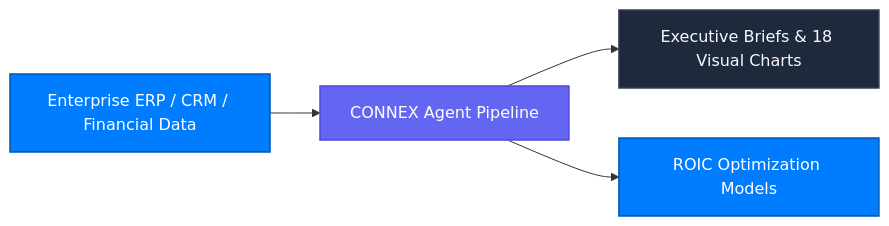
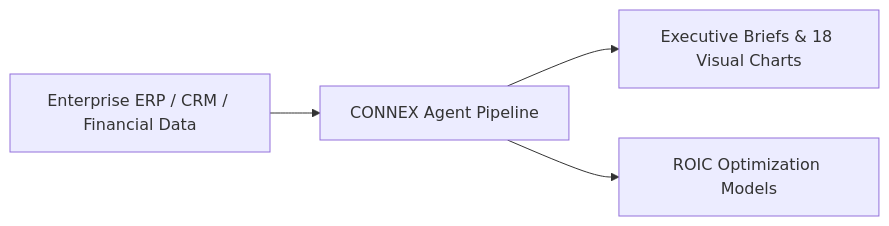
One commit to Connex-Brothers-Consulting-Group/cbcg-hs-connex-docs changed the diagram in use-cases/business-management.mdx. Above: the diagram before and after it, drawn with Mermaid. The commit also changed 24 other files, not shown here.

Commit message:
fix(docs): restore Lucide card icons, enforce transparent Mermaid line-art, add Cryptographic Kill Switch, and refine quiet luxury banner

````diff
--- a/use-cases/business-management.mdx
+++ b/use-cases/business-management.mdx
@@ -9,10 +9,6 @@
 ```mermaid
 graph LR
-    classDef primary fill:#007CFF,stroke:#0056B3,stroke-width:1.5px,color:#FFFFFF;
-    classDef enterprise fill:#1E293B,stroke:#334155,stroke-width:1.5px,color:#F8FAFC;
-    classDef ai fill:#6366F1,stroke:#4F46E5,stroke-width:1.5px,color:#FFFFFF;
-
-    Data["Enterprise ERP / CRM / Financial Data"]:::primary --> Agent["CONNEX Agent Pipeline"]:::ai
-    Agent --> Brief["Executive Briefs & 18 Visual Charts"]:::enterprise
-    Agent --> ROI["ROIC Optimization Models"]:::primary
+Data["Enterprise ERP / CRM / Financial Data"] --> Agent["CONNEX Agent Pipeline"]
+    Agent --> Brief["Executive Briefs & 18 Visual Charts"]
+    Agent --> ROI["ROIC Optimization Models"]
 ```
````
